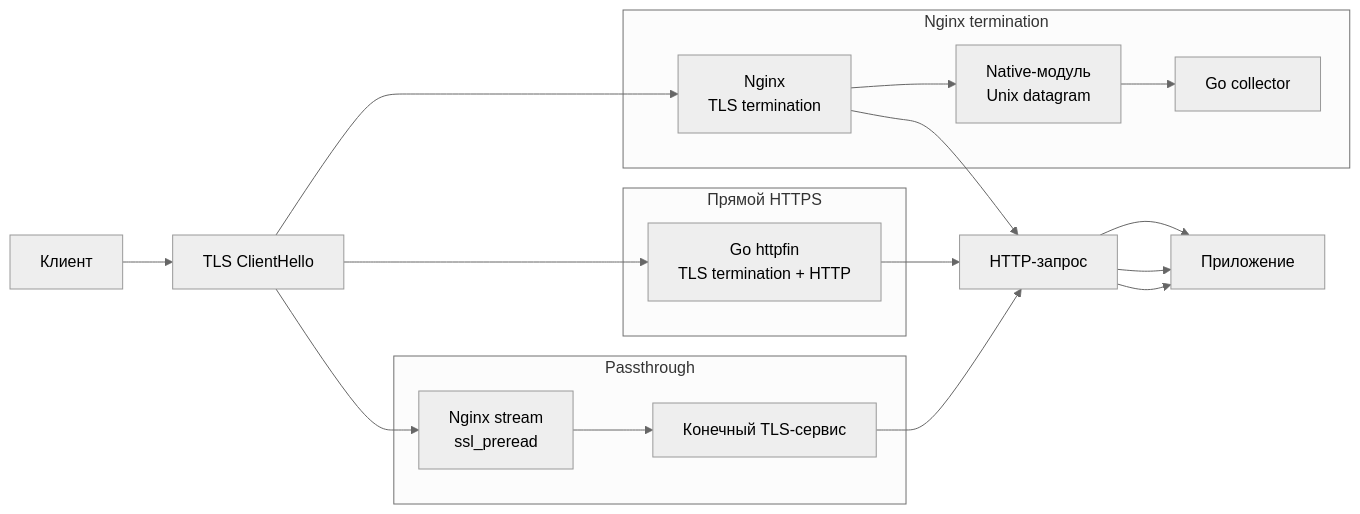
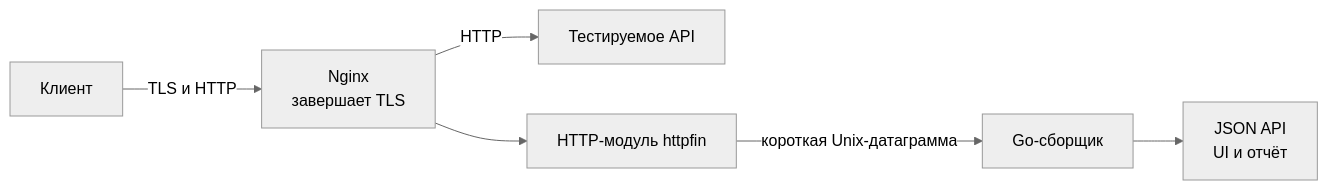
Before and after one commit to rbelshevitz/httpfin: the first of 2 diagrams in docs/ARCHITECTURE.ru.md, drawn with Mermaid (neutral theme). The commit also changed other lines of this file and 1 other file, not shown here.

Commit message:
Simplify architecture documentation

````diff
--- a/docs/ARCHITECTURE.ru.md
+++ b/docs/ARCHITECTURE.ru.md
@@ -9,26 +9,15 @@
 ```mermaid
 flowchart LR
     C[Клиент]
-    T[TLS ClientHello]
-    H[HTTP-запрос]
-    A[Приложение]
+    N[Nginx\nзавершает TLS]
+    A[Тестируемое API]
+    M[HTTP-модуль httpfin]
+    G[Go-сборщик]
+    R[JSON API\nUI и отчёт]
 
-    subgraph D[Прямой HTTPS]
-        G[Go httpfin\nTLS termination + HTTP]
-    end
-    subgraph N[Nginx termination]
-        X[Nginx\nTLS termination]
-        M[Native-модуль\nUnix datagram]
-        O[Go collector]
-    end
-    subgraph P[Passthrough]
-        S[Nginx stream\nssl_preread]
-        B[Конечный TLS-сервис]
-    end
-
-    C --> T
-    T --> G --> H --> A
-    T --> X --> M --> O
-    X --> H --> A
-    T --> S --> B --> H --> A
+    C -->|TLS и HTTP| N
+    N -->|HTTP| A
+    N --> M
+    M -->|короткая Unix-датаграмма| G
+    G --> R
 ```
````
